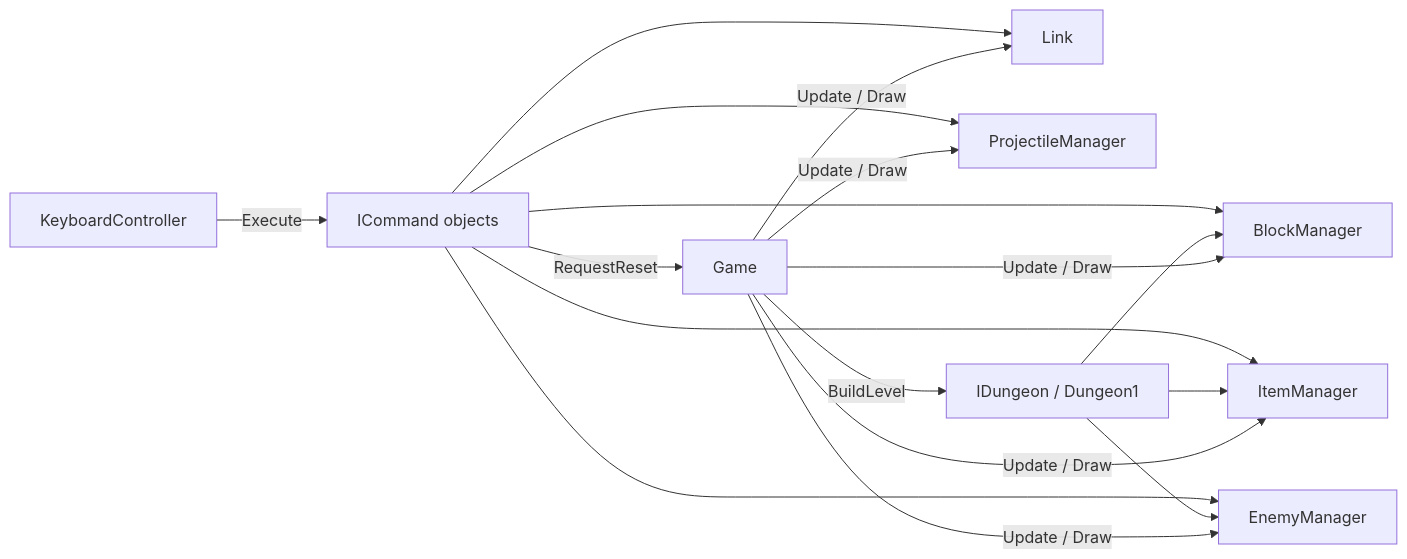
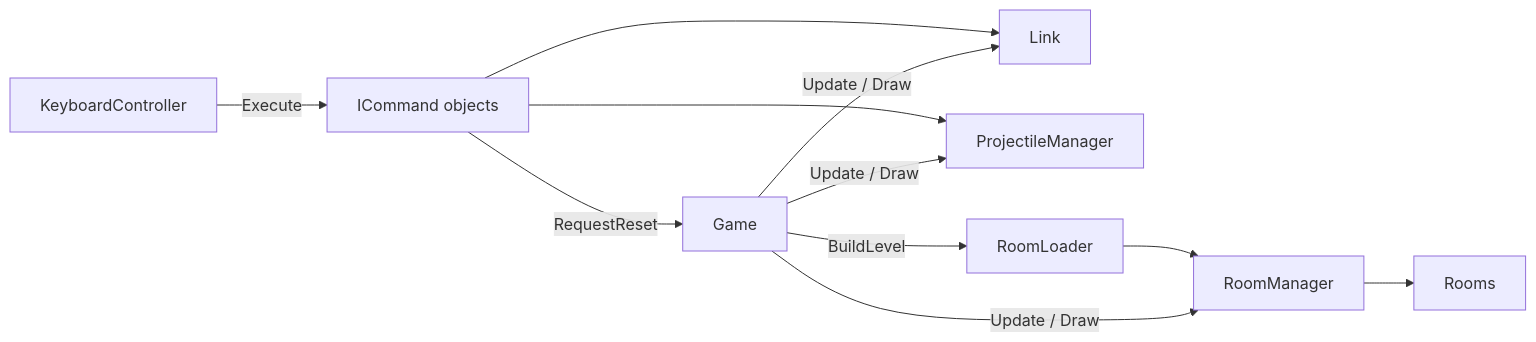
Before and after one commit to Ra4ster/CSE3902-Project: the diagram in DESIGN.md, drawn with Mermaid. The commit also changed other lines of this file and 28 other files, not shown here.

Commit message:
Reformatted the room syntax, and decouple BlockFactory. Also added a RoomGrid.

````diff
--- a/DESIGN.md
+++ b/DESIGN.md
@@ -7,13 +7,11 @@
 ```mermaid
 flowchart LR
     KB[KeyboardController] -->|Execute| CMD[ICommand objects]
     CMD --> Link
-    CMD --> BM[BlockManager]
-    CMD --> IM[ItemManager]
-    CMD --> EM[EnemyManager]
     CMD --> PM[ProjectileManager]
     CMD -->|RequestReset| Game
-    Game -->|BuildLevel| D[IDungeon / Dungeon1]
-    D --> BM & IM & EM
-    Game -->|Update / Draw| Link & BM & IM & EM & PM
+    Game -->|BuildLevel| RL[RoomLoader]
+    RL --> RM[RoomManager]
+    RM --> Rooms
+    Game -->|Update / Draw| Link & RM & PM
 ```
````
